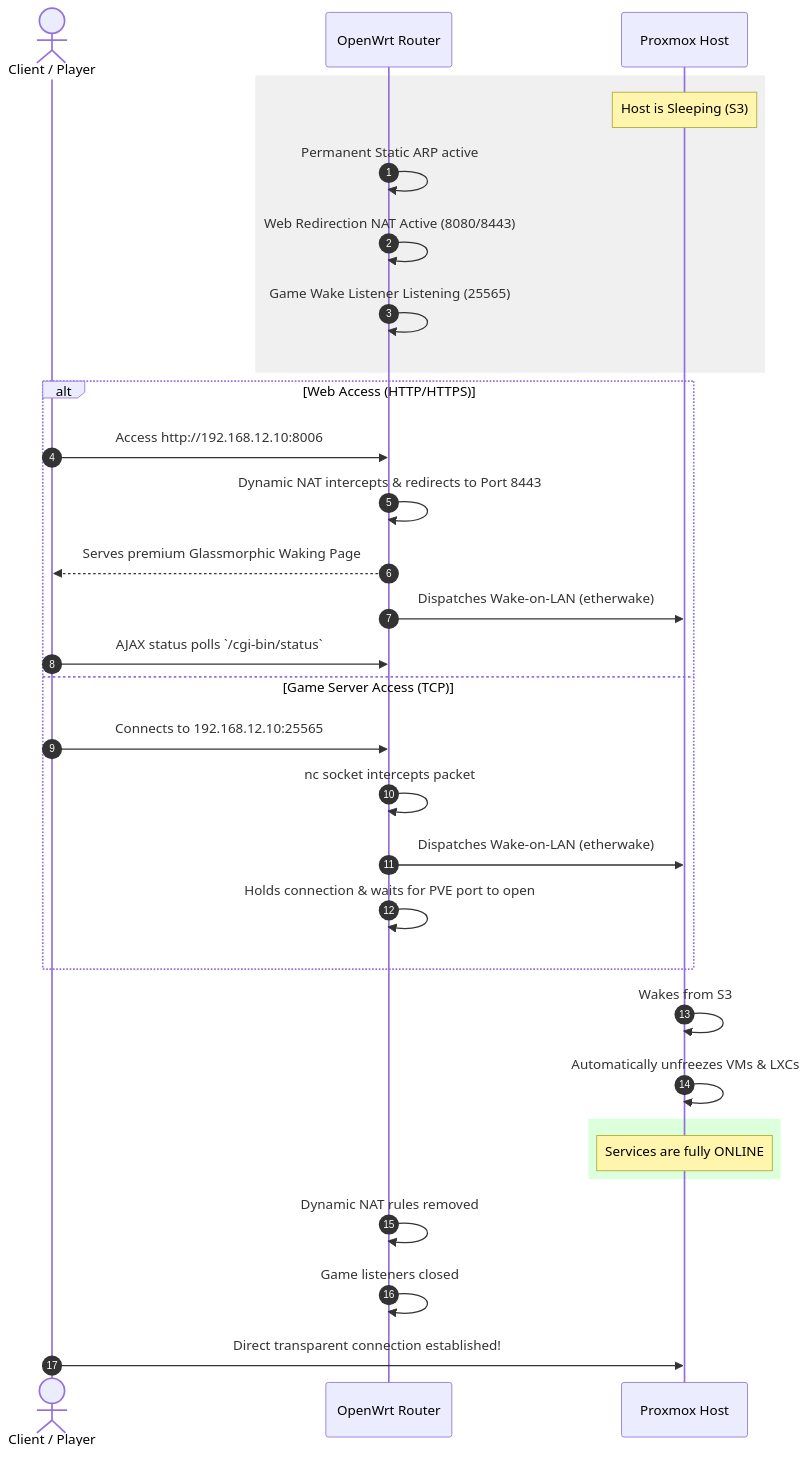
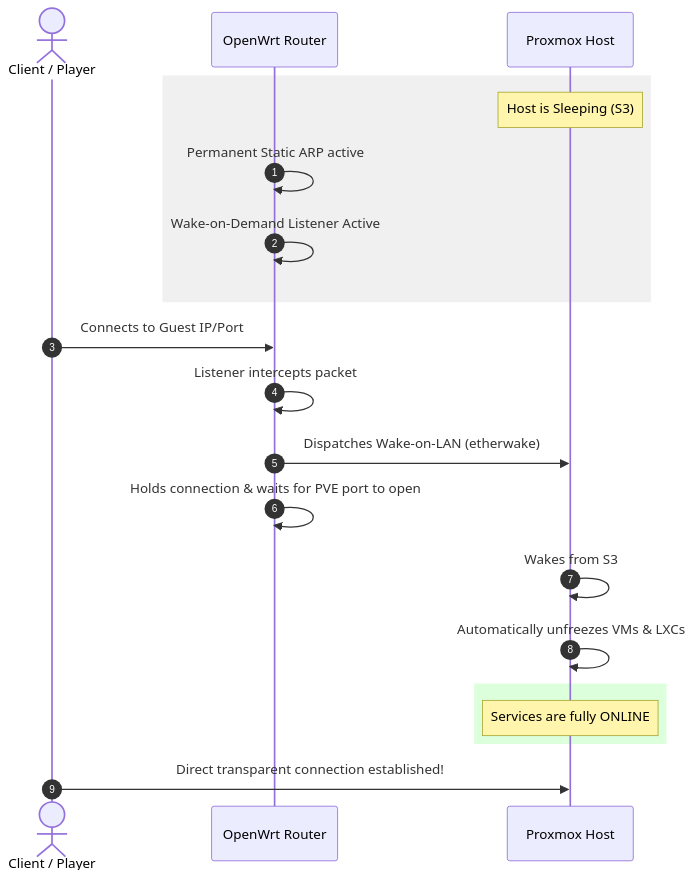
One commit to Arukast/homelab changed the diagram in PowerOrchestrator/README.md. Above: the diagram before and after it, drawn with Mermaid. The commit also changed other lines of this file, not shown here.

````diff
--- a/PowerOrchestrator/README.md
+++ b/PowerOrchestrator/README.md
@@ -11,38 +11,27 @@
 ```mermaid
 sequenceDiagram
     autonumber
     actor Client as Client / Player
     participant OpenWrt as OpenWrt Router
     participant PVE as Proxmox Host
     
     rect rgb(240, 240, 240)
         note over PVE: Host is Sleeping (S3)
         OpenWrt->>OpenWrt: Permanent Static ARP active
-        OpenWrt->>OpenWrt: Web Redirection NAT Active (8080/8443)
-        OpenWrt->>OpenWrt: Game Wake Listener Listening (25565)
+        OpenWrt->>OpenWrt: Wake-on-Demand Listener Active
     end
 
-    alt Web Access (HTTP/HTTPS)
-        Client->>OpenWrt: Access http://192.168.12.10:8006
-        OpenWrt->>OpenWrt: Dynamic NAT intercepts & redirects to Port 8443
-        OpenWrt-->>Client: Serves premium Glassmorphic Waking Page
-        OpenWrt->>PVE: Dispatches Wake-on-LAN (etherwake)
-        Client->>OpenWrt: AJAX status polls `/cgi-bin/status`
-    else Game Server Access (TCP)
-        Client->>OpenWrt: Connects to 192.168.12.10:25565
-        OpenWrt->>OpenWrt: nc socket intercepts packet
-        OpenWrt->>PVE: Dispatches Wake-on-LAN (etherwake)
-        OpenWrt->>OpenWrt: Holds connection & waits for PVE port to open
-    end
+    Client->>OpenWrt: Connects to Guest IP/Port
+    OpenWrt->>OpenWrt: Listener intercepts packet
+    OpenWrt->>PVE: Dispatches Wake-on-LAN (etherwake)
+    OpenWrt->>OpenWrt: Holds connection & waits for PVE port to open
 
     PVE->>PVE: Wakes from S3
     PVE->>PVE: Automatically unfreezes VMs & LXCs
     
     rect rgb(220, 255, 220)
         note over PVE: Services are fully ONLINE
     end
 
-    OpenWrt->>OpenWrt: Dynamic NAT rules removed
-    OpenWrt->>OpenWrt: Game listeners closed
     Client->>PVE: Direct transparent connection established!
 ```
````
